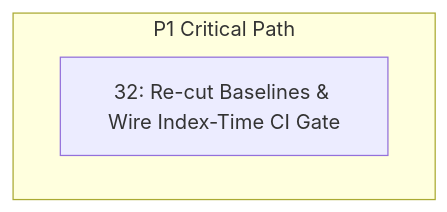
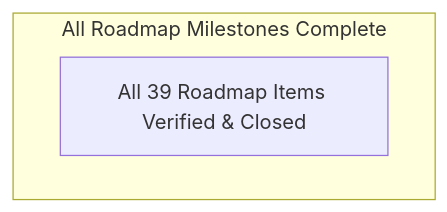
One commit to 23skdu/longbow changed the diagram in docs/roadmap.md. Above: the diagram before and after it, drawn with Mermaid. The commit also changed other lines of this file, not shown here.

Commit message:
docs(roadmap): close Item 32 and mark entire roadmap 100% complete

````diff
--- a/docs/roadmap.md
+++ b/docs/roadmap.md
@@ -14,6 +12,6 @@
 ```mermaid
 graph TD
-    subgraph P1["P1 Critical Path"]
-        I32["32: Re-cut Baselines & Wire Index-Time CI Gate"]
+    subgraph Complete["All Roadmap Milestones Complete"]
+        ALL["All 39 Roadmap Items Verified & Closed"]
     end
 ```
````
